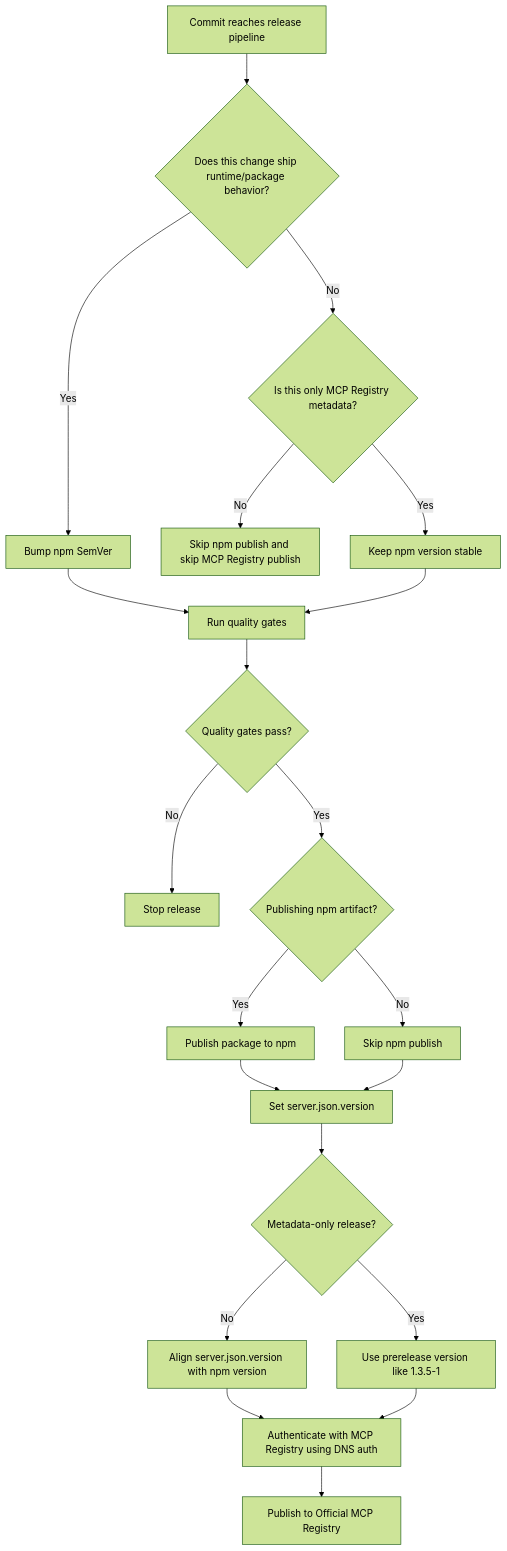
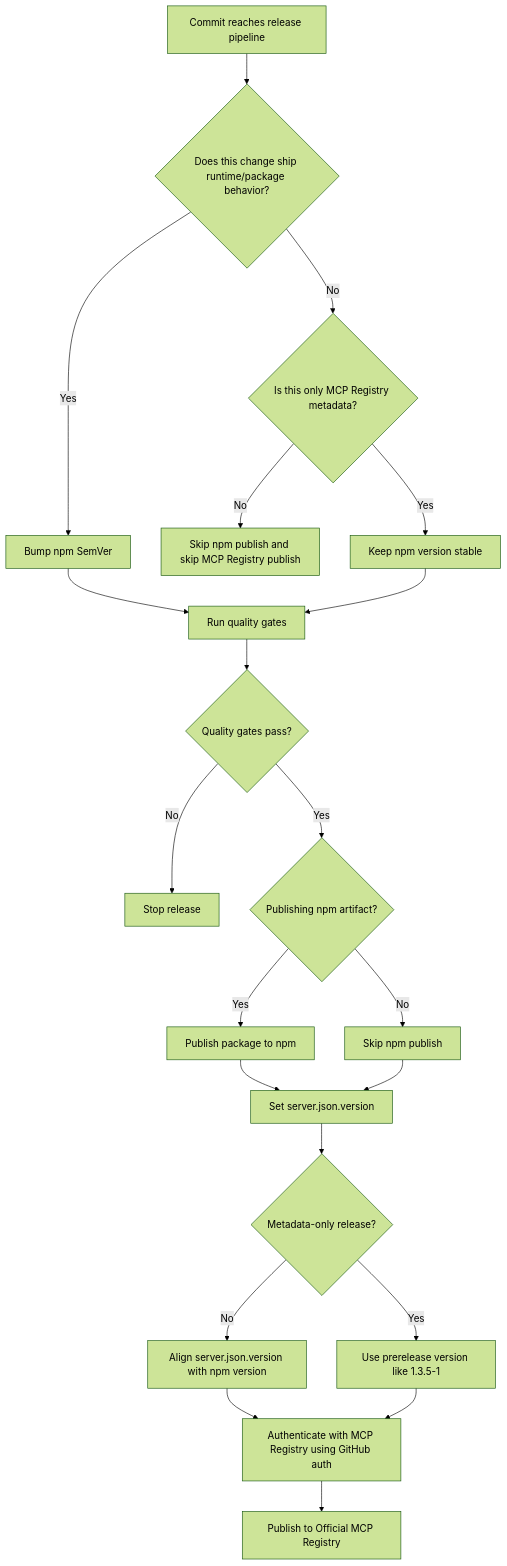
The diagram in docs/release-flow.md (renovate-bot/oaslananka-_-mcp-debug-recorder), drawn with Mermaid (forest theme) before and after one commit. The commit also changed other lines of this file and 5 other files, not shown here.

Commit message:
chore(registry): switch to github-auth namespace

````diff
--- a/docs/release-flow.md
+++ b/docs/release-flow.md
@@ -37,23 +33,23 @@
 ```mermaid
 flowchart TD
     A["Commit reaches release pipeline"] --> B{"Does this change ship runtime/package behavior?"}
     B -->|Yes| C["Bump npm SemVer"]
     B -->|No| D{"Is this only MCP Registry metadata?"}
     D -->|No| E["Skip npm publish and skip MCP Registry publish"]
     D -->|Yes| F["Keep npm version stable"]
     C --> G["Run quality gates"]
     F --> G
     G --> H{"Quality gates pass?"}
     H -->|No| I["Stop release"]
     H -->|Yes| J{"Publishing npm artifact?"}
     J -->|Yes| K["Publish package to npm"]
     J -->|No| L["Skip npm publish"]
     K --> M["Set server.json.version"]
     L --> M
     M --> N{"Metadata-only release?"}
     N -->|No| O["Align server.json.version with npm version"]
     N -->|Yes| P["Use prerelease version like 1.3.5-1"]
-    O --> Q["Authenticate with MCP Registry using DNS auth"]
+    O --> Q["Authenticate with MCP Registry using GitHub auth"]
     P --> Q
     Q --> R["Publish to Official MCP Registry"]
 ```
````
